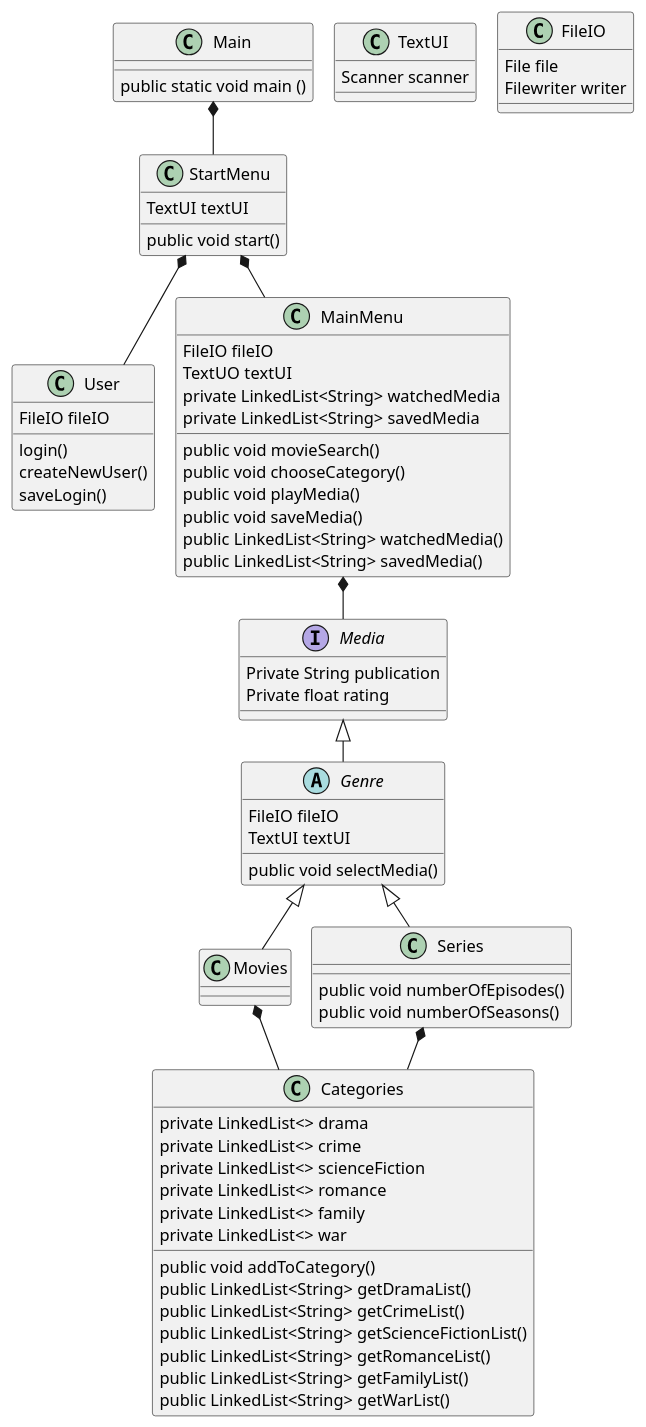
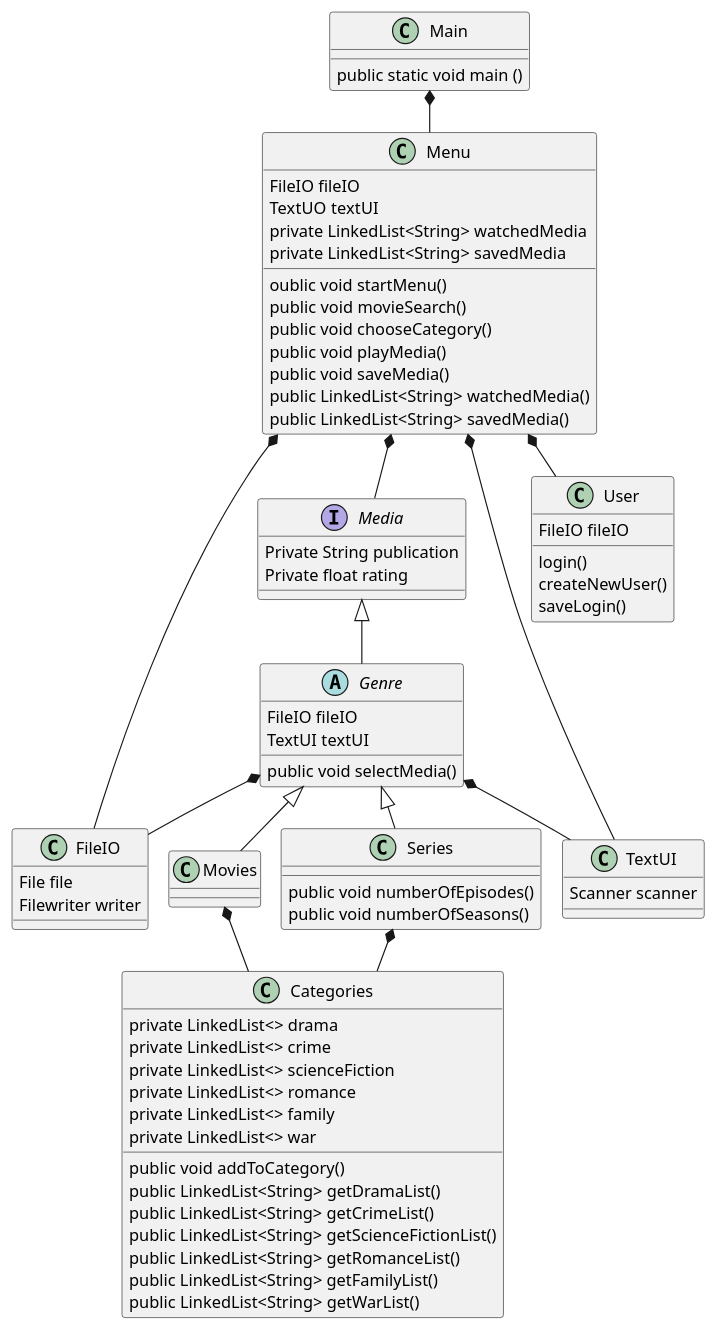
One commit to MichellaBech/SP3 changed the diagram in .idea/Class.puml. Above: the diagram before and after it, drawn with PlantUML.

```diff
--- a/.idea/Class.puml
+++ b/.idea/Class.puml
@@ -1,106 +1,105 @@
 @startuml
 'https://plantuml.com/class-diagram
 !pragma layout smetana
 
+interface FileIO
 class Movies
 class Series
 interface Media
-interface TextUI
+class TextUI
 class Categories
 class User
-class StartMenu
-class MainMenu
+class Menu
 class Main
-interface FileIO
+
 Abstract class Genre
 
 Media <|-- Genre
 Genre <|-- Movies
 Genre <|-- Series
 
+Main *-- Menu
 Movies *-- Categories
 Series *-- Categories
-StartMenu *-- User
-StartMenu *-- MainMenu
-Main *-- StartMenu
-MainMenu *-- Media
+Menu *-- User
+Menu *-- Media
+Menu *-- FileIO
+Menu *-- TextUI
+Genre *-- FileIO
+Genre *-- TextUI
 
 Abstract class Genre {
 FileIO fileIO
 TextUI textUI
 public void selectMedia()
 }
 
 class TextUI
 {
 Scanner scanner
 }
 
 class FileIO {
 File file
 Filewriter writer
 }
 
 class Main {
 public static void main ()
 }
 
-class StartMenu {
-TextUI textUI
-public void start()
-
-}
 
 class Categories {
 private LinkedList<> drama
 private LinkedList<> crime
 private LinkedList<> scienceFiction
 private LinkedList<> romance
 private LinkedList<> family
 private LinkedList<> war
 
 public void addToCategory()
 public LinkedList<String> getDramaList()
 public LinkedList<String> getCrimeList()
 public LinkedList<String> getScienceFictionList()
 public LinkedList<String> getRomanceList()
 public LinkedList<String> getFamilyList()
 public LinkedList<String> getWarList()
 }
 
 Interface Media {
 Private String publication
 Private float rating
 }
 
 class Movies{
 
 }
 
 class Series {
 public void numberOfEpisodes()
 public void numberOfSeasons()
 }
 
 class User{
 FileIO fileIO
 login()
 createNewUser()
 saveLogin()
 }
 
-class MainMenu {
+class Menu {
 FileIO fileIO
 TextUO textUI
 private LinkedList<String> watchedMedia
 private LinkedList<String> savedMedia
+oublic void startMenu()
 public void movieSearch()
 public void chooseCategory()
 public void playMedia()
 public void saveMedia()
 public LinkedList<String> watchedMedia()
 public LinkedList<String> savedMedia()
 }
 
 
 @enduml
```
